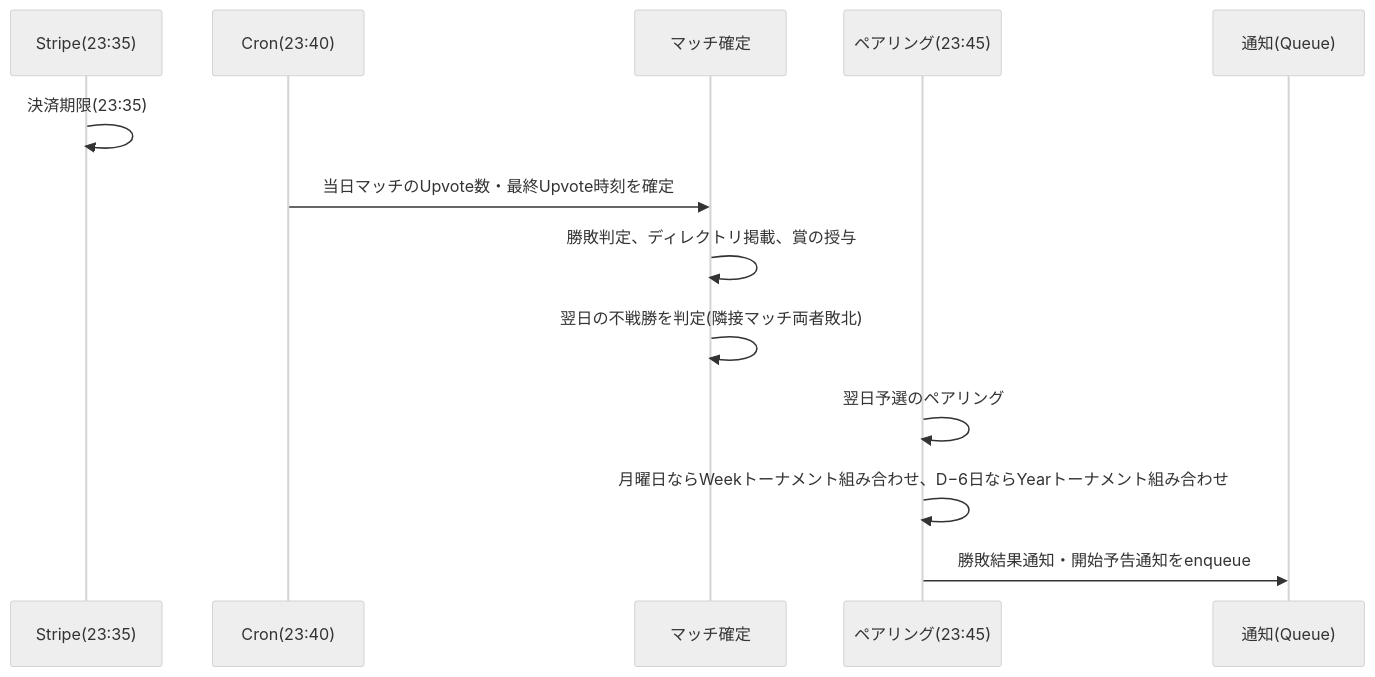
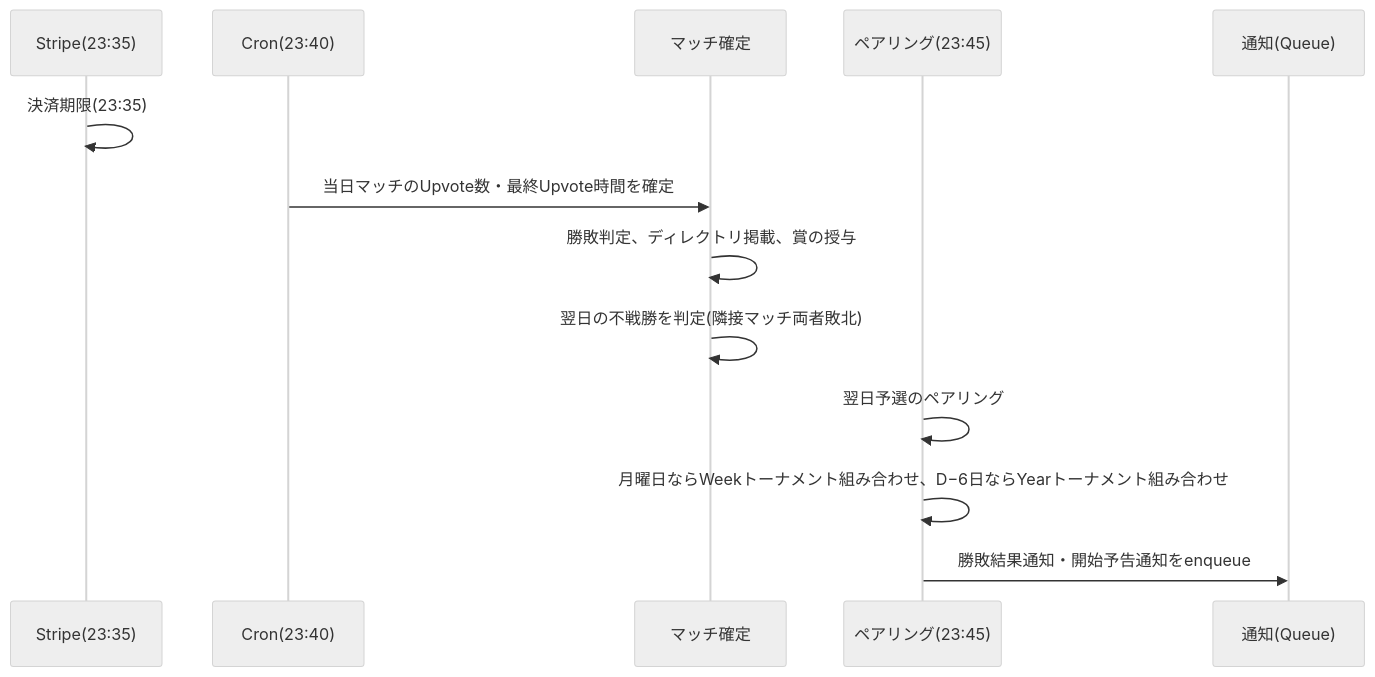
One commit to kurachiweb/genai-example-2-launch-platform changed the diagram in docs/GUIDES/service/overview/007-daily-timeline.md. Above: the diagram before and after it, drawn with Mermaid (neutral theme). The commit also changed other lines of this file and 20 other files, not shown here.

````diff
--- a/docs/GUIDES/service/overview/007-daily-timeline.md
+++ b/docs/GUIDES/service/overview/007-daily-timeline.md
@@ -50,15 +50,15 @@
 ```mermaid
 sequenceDiagram
     participant S as Stripe(23:35)
     participant C as Cron(23:40)
     participant M as マッチ確定
     participant P as ペアリング(23:45)
     participant N as 通知(Queue)
     S->>S: 決済期限(23:35)
-    C->>M: 当日マッチのUpvote数・最終Upvote時刻を確定
+    C->>M: 当日マッチのUpvote数・最終Upvote時間を確定
     M->>M: 勝敗判定、ディレクトリ掲載、賞の授与
     M->>M: 翌日の不戦勝を判定(隣接マッチ両者敗北)
     P->>P: 翌日予選のペアリング
     P->>P: 月曜日ならWeekトーナメント組み合わせ、D−6日ならYearトーナメント組み合わせ
     P->>N: 勝敗結果通知・開始予告通知をenqueue
 ```
````
